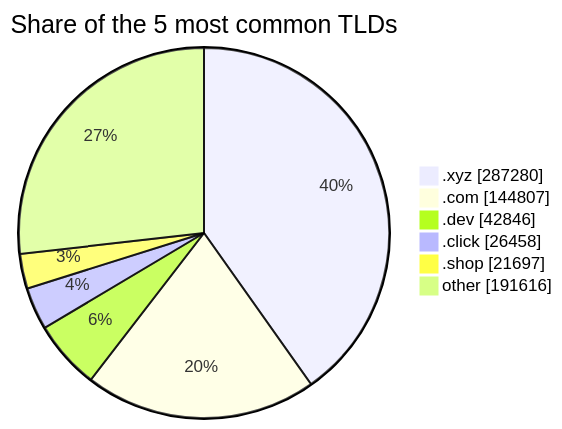
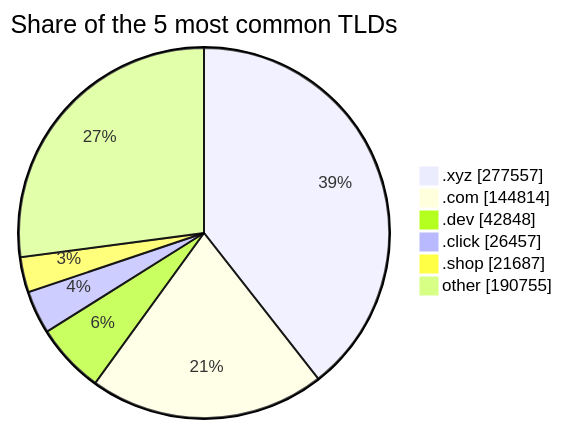
Before and after one commit to DNSBunker/CTI: the third of 3 diagrams in README.md, drawn with Mermaid. The commit also changed other lines of this file and 3 other files, not shown here.

````diff
--- a/README.md
+++ b/README.md
@@ -81,9 +81,9 @@
 ```mermaid
 pie showData title Share of the 5 most common TLDs
-    ".xyz" : 287280
-    ".com" : 144807
-    ".dev" : 42846
-    ".click" : 26458
-    ".shop" : 21697
-    "other" : 191616
+    ".xyz" : 277557
+    ".com" : 144814
+    ".dev" : 42848
+    ".click" : 26457
+    ".shop" : 21687
+    "other" : 190755
 ```
````
